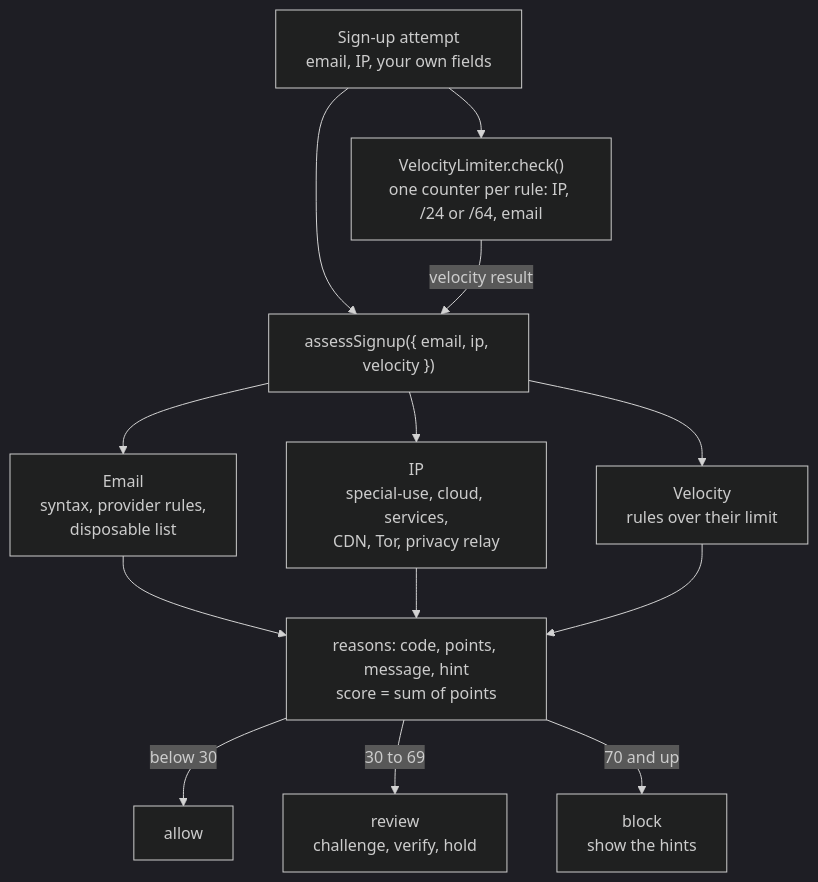
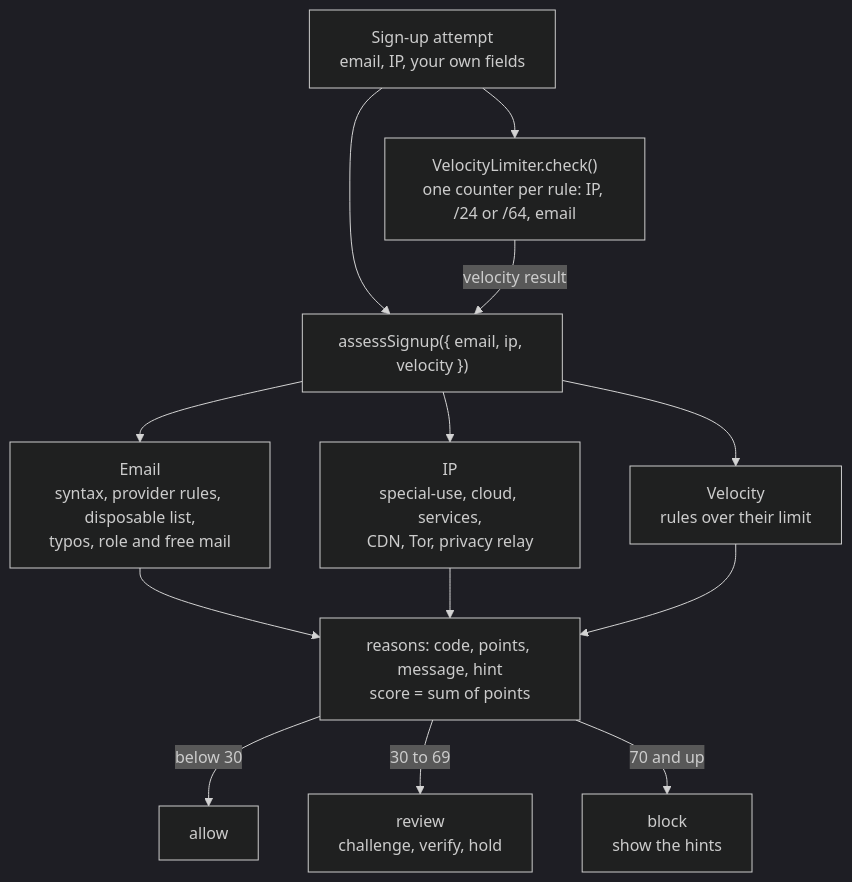
Before and after one commit to moonetix/signup-guard: the diagram in README.md, drawn with Mermaid (dark theme). The commit also changed other lines of this file, not shown here.

Commit message:
Document typo suggestions, role addresses, free mail and the framework examples

````diff
--- a/README.md
+++ b/README.md
@@ -27,15 +27,15 @@
 ```mermaid
 flowchart TD
     A["Sign-up attempt<br/>email, IP, your own fields"] --> V["VelocityLimiter.check()<br/>one counter per rule: IP, /24 or /64, email"]
     A --> S["assessSignup({ email, ip, velocity })"]
     V -->|velocity result| S
-    S --> E["Email<br/>syntax, provider rules,<br/>disposable list"]
+    S --> E["Email<br/>syntax, provider rules, disposable list,<br/>typos, role and free mail"]
     S --> I["IP<br/>special-use, cloud, services,<br/>CDN, Tor, privacy relay"]
     S --> VR["Velocity<br/>rules over their limit"]
     E --> R["reasons: code, points, message, hint<br/>score = sum of points"]
     I --> R
     VR --> R
     R -->|below 30| OK[allow]
     R -->|30 to 69| RV["review<br/>challenge, verify, hold"]
     R -->|70 and up| B["block<br/>show the hints"]
 ```
````
